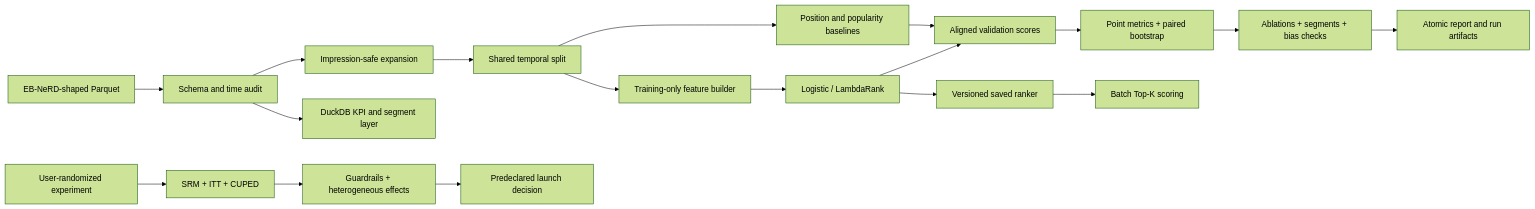
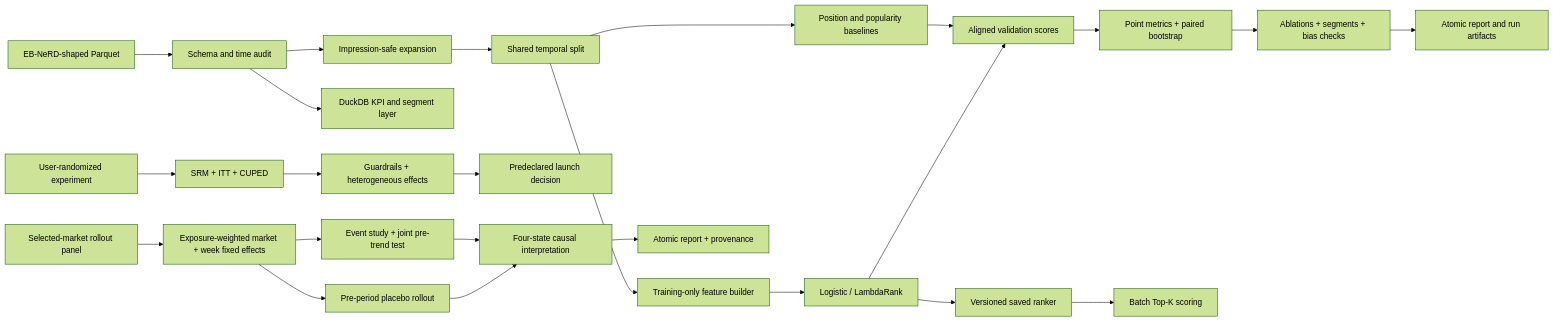
The diagram in README.md (1327402913-pixel/news-ctr-ranking), drawn with Mermaid (forest theme) before and after one commit. The commit also changed other lines of this file and 14 other files, not shown here.

````diff
--- a/README.md
+++ b/README.md
@@ -149,20 +194,26 @@
 ```mermaid
 flowchart LR
     A[EB-NeRD-shaped Parquet] --> B[Schema and time audit]
     B --> C[Impression-safe expansion]
     C --> D[Shared temporal split]
     D --> E[Training-only feature builder]
     D --> F[Position and popularity baselines]
     E --> G[Logistic / LambdaRank]
     F --> H[Aligned validation scores]
     G --> H
     H --> I[Point metrics + paired bootstrap]
     I --> J[Ablations + segments + bias checks]
     J --> K[Atomic report and run artifacts]
     G --> L[Versioned saved ranker]
     L --> M[Batch Top-K scoring]
     B --> N[DuckDB KPI and segment layer]
     O[User-randomized experiment] --> P[SRM + ITT + CUPED]
     P --> Q[Guardrails + heterogeneous effects]
     Q --> R[Predeclared launch decision]
+    S[Selected-market rollout panel] --> T[Exposure-weighted market + week fixed effects]
+    T --> U[Event study + joint pre-trend test]
+    T --> V[Pre-period placebo rollout]
+    U --> W[Four-state causal interpretation]
+    V --> W
+    W --> X[Atomic report + provenance]
 ```
````
